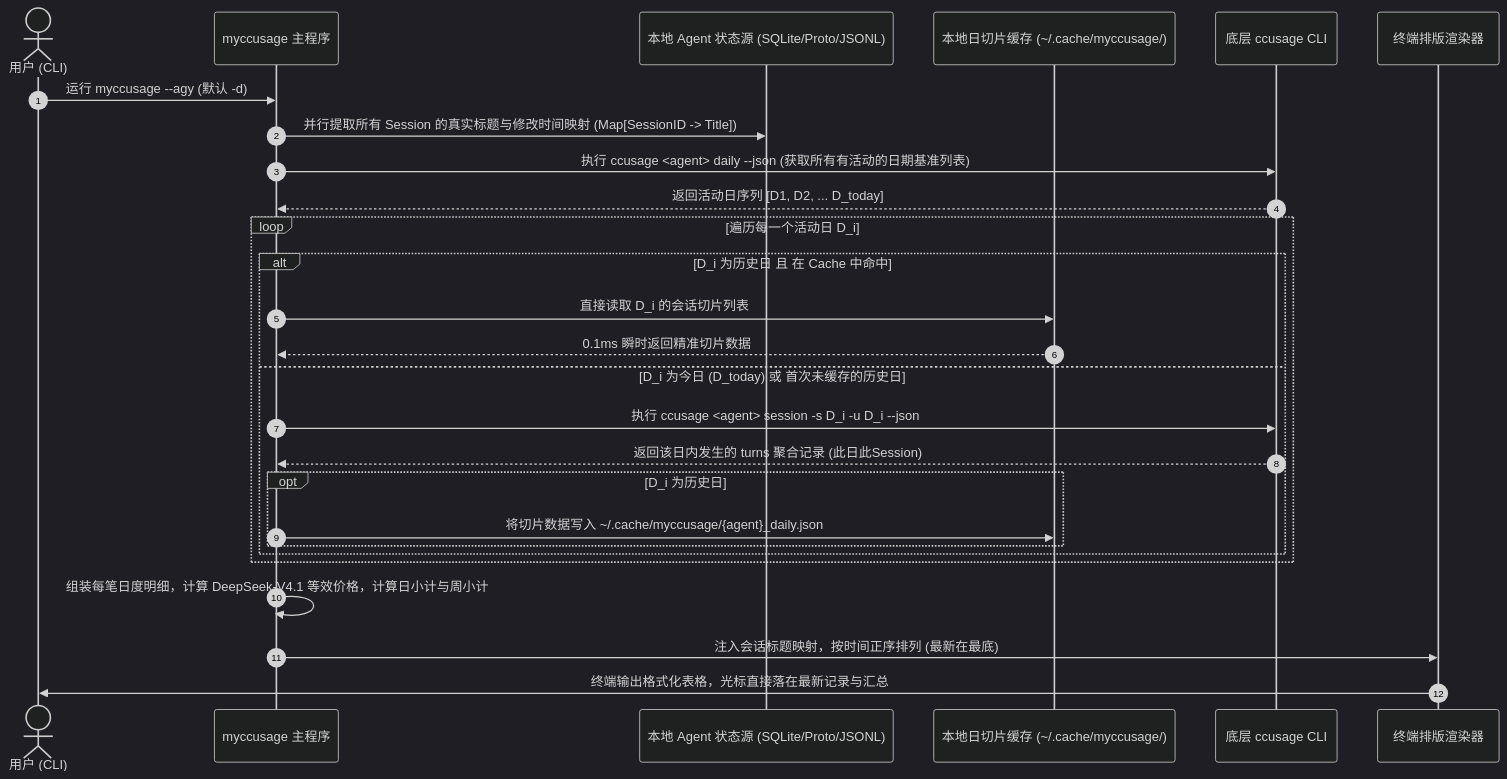
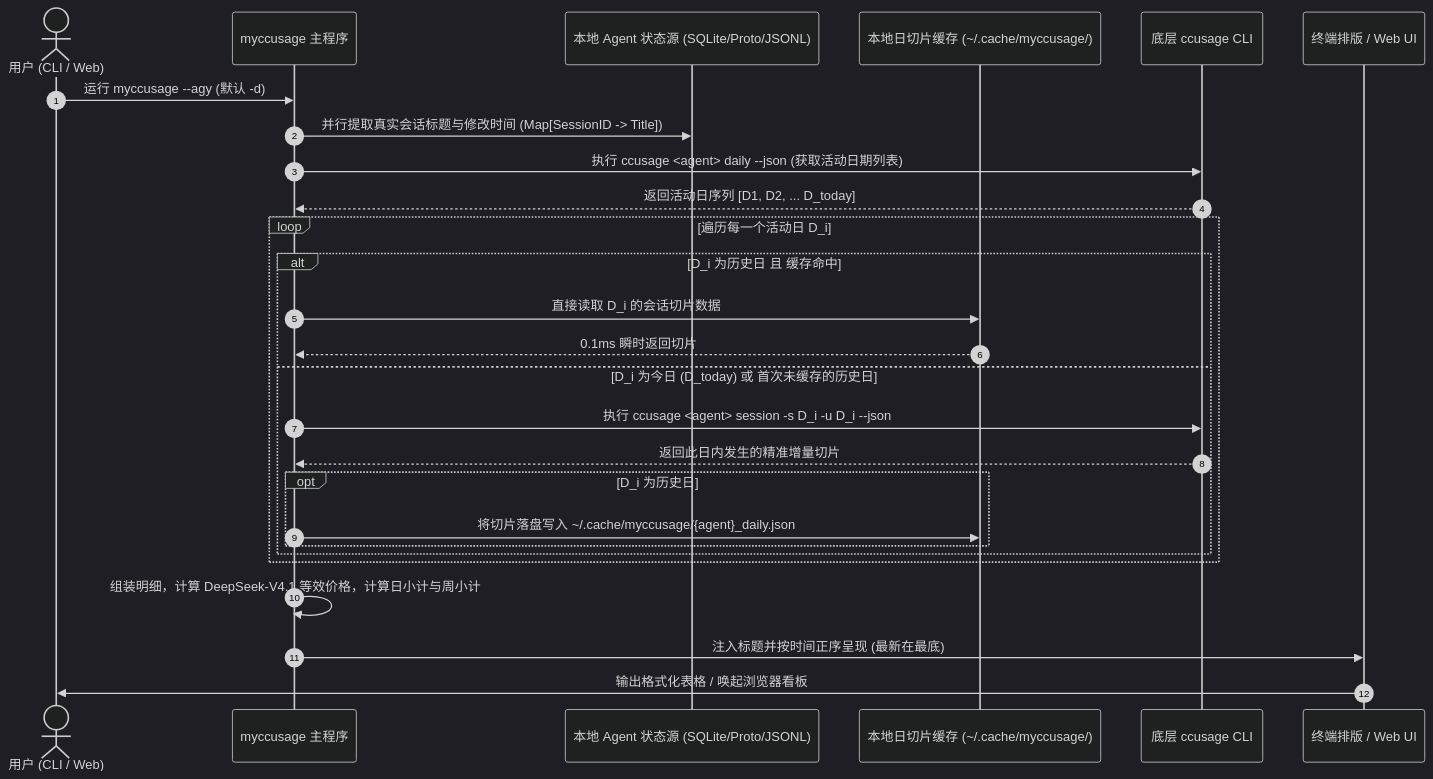
The diagram in README.md (RichardHuang0001/ccusage-sessions), drawn with Mermaid (dark theme) before and after one commit. The commit also changed other lines of this file and 4 other files, not shown here.

Commit message:
docs: split documentation into user README and README.agent.md (v1.2.0)

````diff
--- a/README.md
+++ b/README.md
@@ -102,32 +164,32 @@
 ```mermaid
 sequenceDiagram
     autonumber
-    actor User as 用户 (CLI)
+    actor User as 用户 (CLI / Web)
     participant Core as myccusage 主程序
     participant NativeDB as 本地 Agent 状态源 (SQLite/Proto/JSONL)
     participant Cache as 本地日切片缓存 (~/.cache/myccusage/)
     participant CCUsage as 底层 ccusage CLI
-    participant Renderer as 终端排版渲染器
+    participant Renderer as 终端排版 / Web UI
 
     User->>Core: 运行 myccusage --agy (默认 -d)
-    Core->>NativeDB: 并行提取所有 Session 的真实标题与修改时间映射 (Map[SessionID -> Title])
-    Core->>CCUsage: 执行 ccusage <agent> daily --json (获取所有有活动的日期基准列表)
+    Core->>NativeDB: 并行提取真实会话标题与修改时间 (Map[SessionID -> Title])
+    Core->>CCUsage: 执行 ccusage <agent> daily --json (获取活动日期列表)
     CCUsage-->>Core: 返回活动日序列 [D1, D2, ... D_today]
     
     loop 遍历每一个活动日 D_i
-        alt D_i 为历史日 且 在 Cache 中命中
-            Core->>Cache: 直接读取 D_i 的会话切片列表
-            Cache-->>Core: 0.1ms 瞬时返回精准切片数据
+        alt D_i 为历史日 且 缓存命中
+            Core->>Cache: 直接读取 D_i 的会话切片数据
+            Cache-->>Core: 0.1ms 瞬时返回切片
         else D_i 为今日 (D_today) 或 首次未缓存的历史日
             Core->>CCUsage: 执行 ccusage <agent> session -s D_i -u D_i --json
-            CCUsage-->>Core: 返回该日内发生的 turns 聚合记录 (此日此Session)
+            CCUsage-->>Core: 返回此日内发生的精准增量切片
             opt D_i 为历史日
-                Core->>Cache: 将切片数据写入 ~/.cache/myccusage/{agent}_daily.json
+                Core->>Cache: 将切片落盘写入 ~/.cache/myccusage/{agent}_daily.json
             end
         end
     end
 
-    Core->>Core: 组装每笔日度明细，计算 DeepSeek-V4.1 等效价格，计算日小计与周小计
-    Core->>Renderer: 注入会话标题映射，按时间正序排列 (最新在最底)
-    Renderer->>User: 终端输出格式化表格，光标直接落在最新记录与汇总
+    Core->>Core: 组装明细，计算 DeepSeek-V4.1 等效价格，计算日小计与周小计
+    Core->>Renderer: 注入标题并按时间正序呈现 (最新在最底)
+    Renderer->>User: 输出格式化表格 / 唤起浏览器看板
 ```
````
